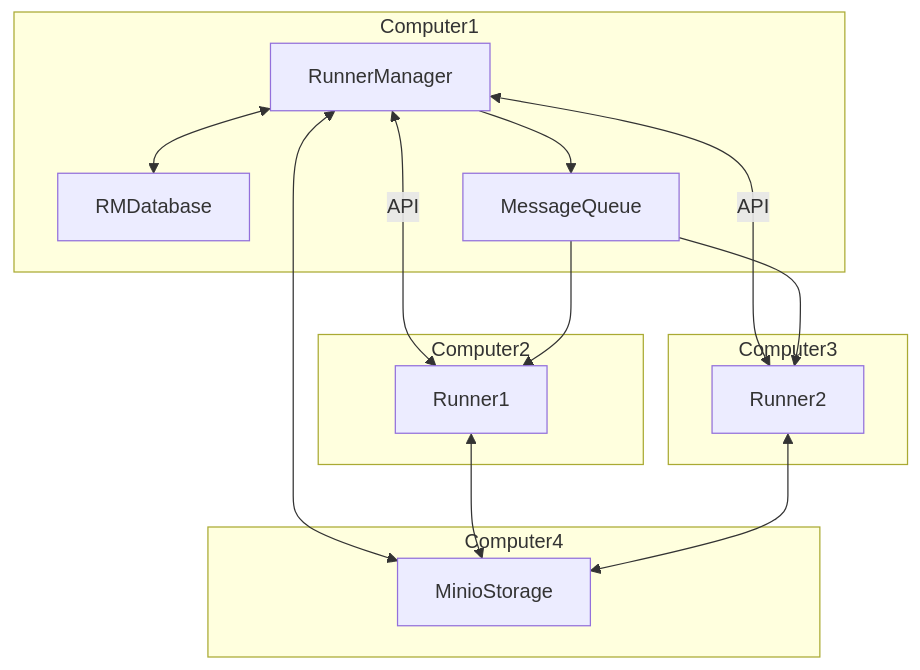
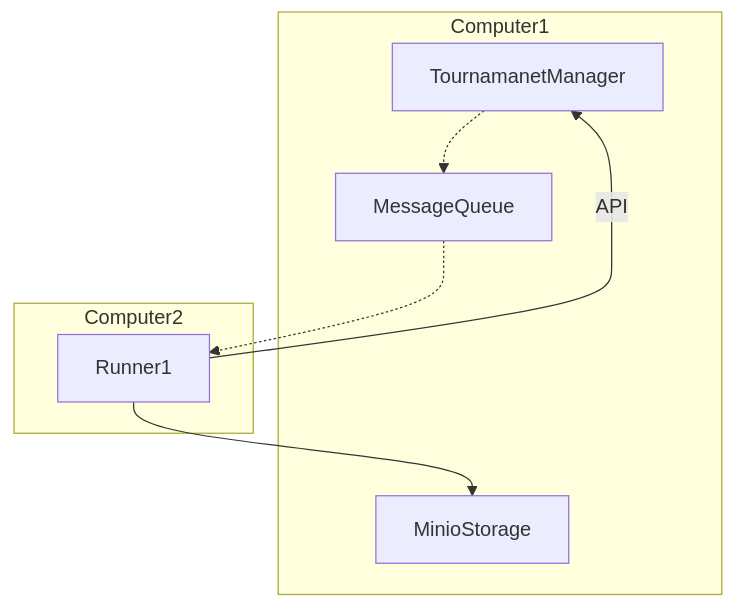
Before and after one commit to RCSS-Tournament-Manager/foxsy-tournament-manager: the first of 2 diagrams in runner/readme.md, drawn with Mermaid. The commit also changed other lines of this file and 2 other files, not shown here.

````diff
--- a/runner/readme.md
+++ b/runner/readme.md
@@ -15,26 +15,15 @@
 ```mermaid
 flowchart TD
     subgraph Computer1
-        RM[RunnerManager]
-        RMDB[RMDatabase]
+        TM[TournamanetManager]
         MQ[MessageQueue]
+        S[MinioStorage]
     end
     subgraph Computer2
         R1[Runner1]
     end
-    subgraph Computer3
-        R2[Runner2]
-    end
-    subgraph Computer4
-        S[MinioStorage]
-    end
-    RM <-- API --> R1
-    RM <-- API --> R2
-    MQ --> R1
-    MQ --> R2
-    RM <--> RMDB
-    RM --> MQ
-    RM <--> S
-    R1 <--> S
-    R2 <--> S
+    R1 -- API --> TM
+    MQ -.-> R1
+    TM -.-> MQ
+    R1 --> S
 ```
````
